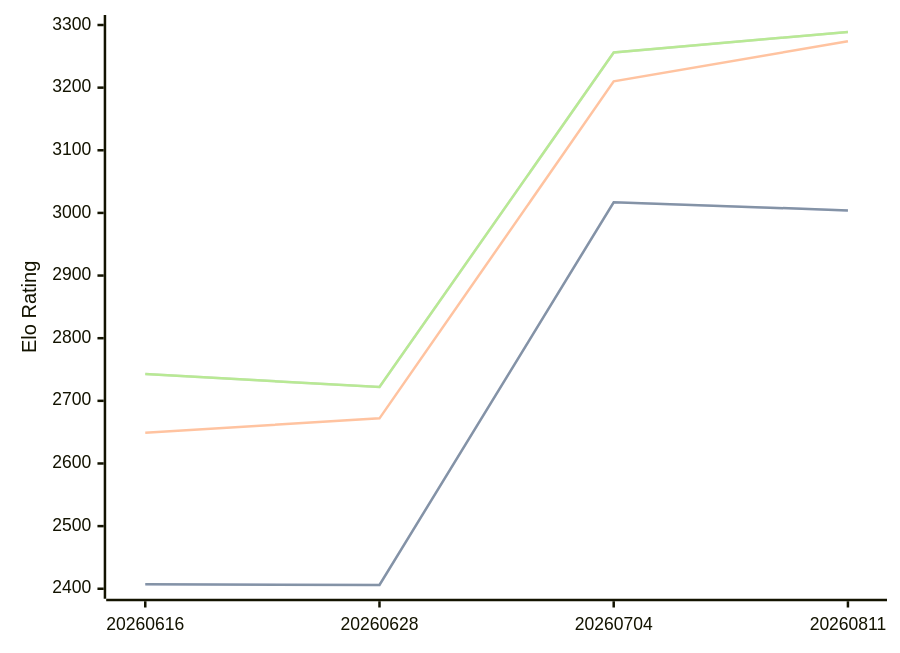
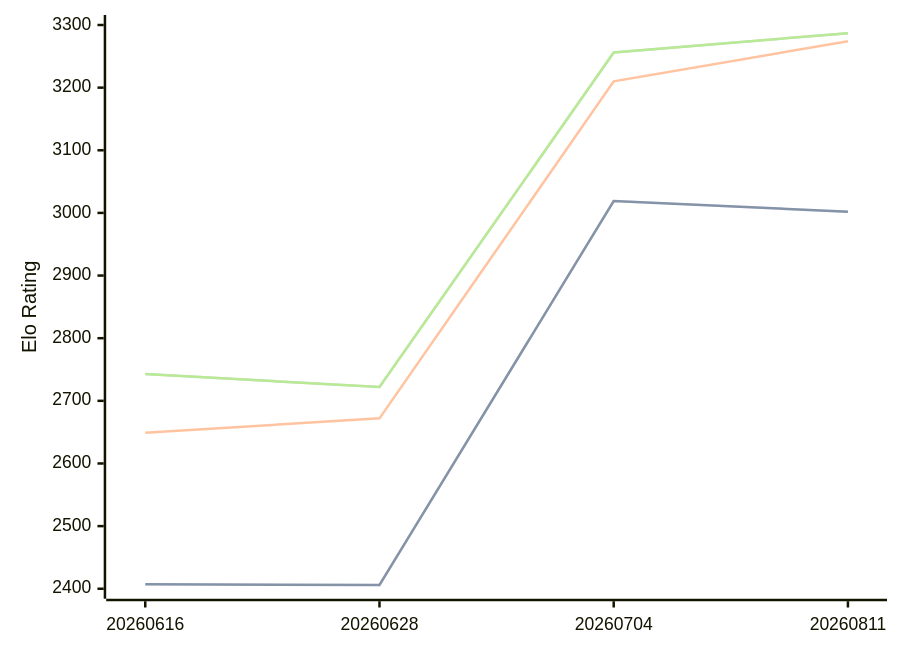
One commit to computer-chess-index/cci changed the diagram in engines/Askaig.md. Above: the diagram before and after it, drawn with Mermaid. The commit also changed other lines of this file, not shown here.

Commit message:
Update CCI Ratings (ELO VLTC) - 2026-09-05

````diff
--- a/engines/Askaig.md
+++ b/engines/Askaig.md
@@ -36,11 +36,11 @@
 ```mermaid
 %%{init: {"theme":"base","themeVariables":{"seriesColors:['#a3a3a3','#222221','#faa371']}}}%%
 xychart-beta
   x-axis ["20260616", "20260628", "20260704", "20260811"]
   y-axis "Elo Rating" 2400 --> 3300
-  line "" [2407, 2406, 3017, 3004]
-  line "STC (8.0+0.08s)" [2407, 2406, 3017, 3004]
+  line "" [2407, 2406, 3019, 3002]
+  line "STC (8.0+0.08s)" [2407, 2406, 3019, 3002]
   line "LTC (60.0+0.60s)" [2649, 2672, 3210, 3274]
-  line "" [2743, 2722, 3256, 3289]
-  line "VLTC (2m24s+1.12s)" [2743, 2722, 3256, 3289]
+  line "" [2743, 2722, 3256, 3287]
+  line "VLTC (2m24s+1.12s)" [2743, 2722, 3256, 3287]
 ```
````
